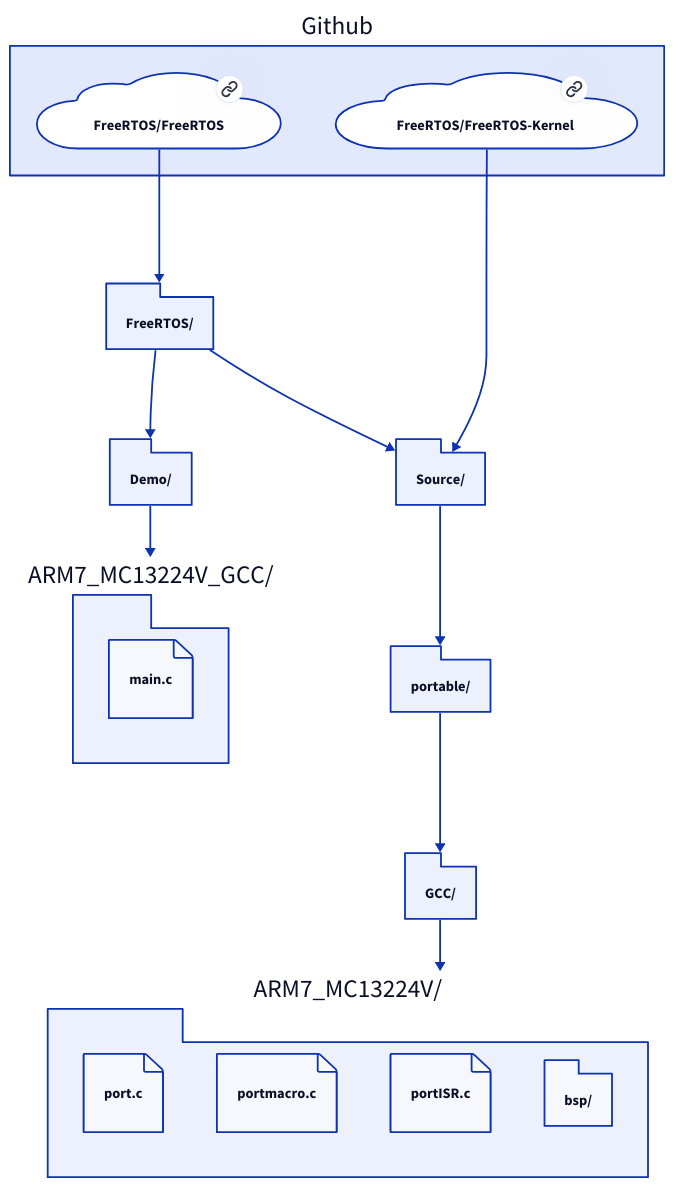
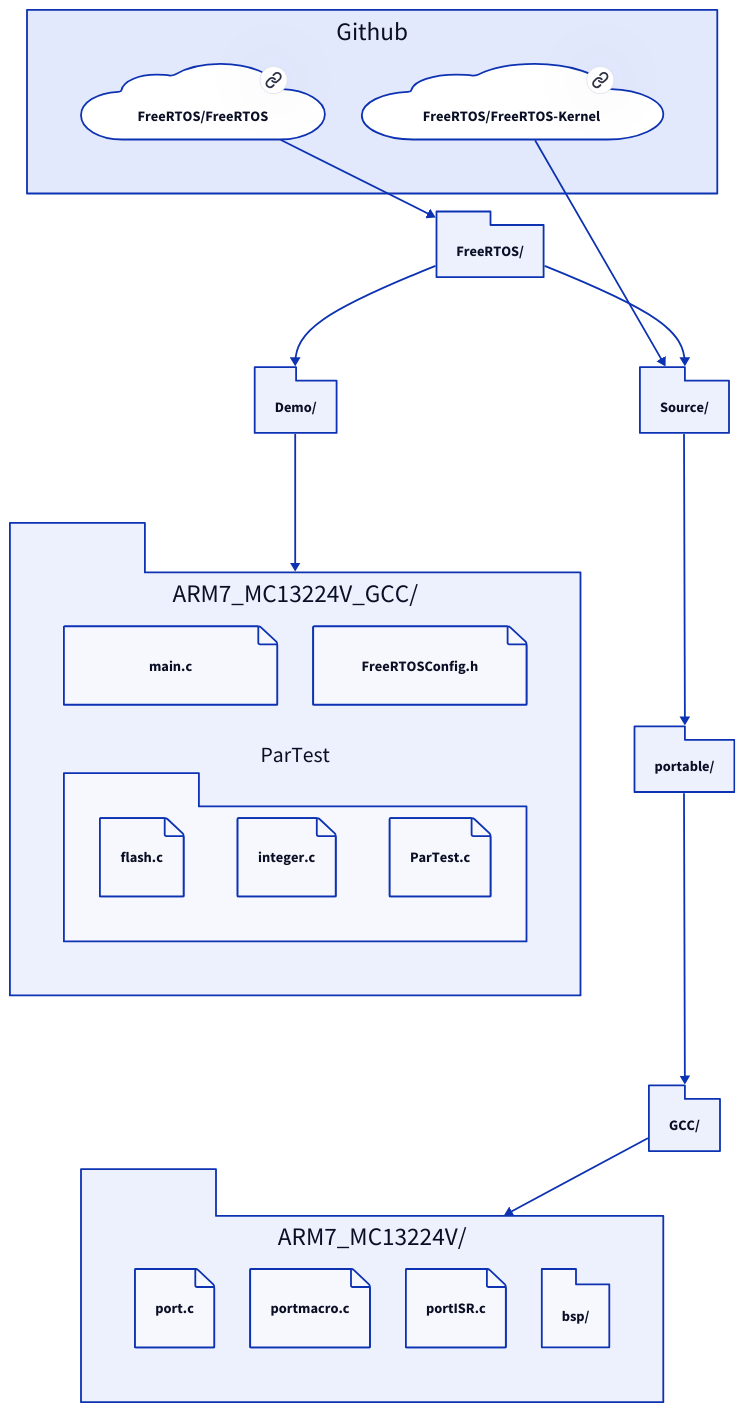
Before and after one commit to epaubert/Memoria-TFG: the diagram in doc/img/carpetasFreeRTOS.d2, drawn with D2. The commit also changed 28 other files, not shown here.

```diff
--- a/doc/img/carpetasFreeRTOS.d2
+++ b/doc/img/carpetasFreeRTOS.d2
@@ -1,66 +1,55 @@
-# FreeRTOS {
-#   Demo{
-#     ARM7_MC13224V_GCC {
-#       "main.c".shape: page
-#     }
-#     ARM7_MC13224V_GCC.shape: package
-#   }
-#   Source {
-#     portable {
-#       GCC {
-#         ARM7_MC13224V {
-#           "port.c".shape: page
-#           "portmacro.c".shape: page
-#           "portISR.c".shape: page
-#           bsp/.shape: package 
-#         }
-#         ARM7_MC13224V.shape: package
-#       }
-#       GCC.shape: package
-#     }
-#     portable.shape: package
-#   }
-# Demo.shape: package
-# Source.shape: package
-# }
-# FreeRTOS.shape: package 
-
-FreeRTOS/ -> Demo/
-Demo/ -> ARM7_MC13224V_GCC/
-ARM7_MC13224V_GCC/ {
-  "main.c".shape: page
+Github{
+  near: top-center
+  grid-columns: 2
+  FreeRTOS/FreeRTOS -> _.FreeRTOS/
+  FreeRTOS/FreeRTOS {
+    link: https://github.com/FreeRTOS/FreeRTOS
+    shape: cloud
+  }
+  FreeRTOS/FreeRTOS-Kernel -> _.Source/
+  FreeRTOS/FreeRTOS-Kernel {
+    link: https://github.com/FreeRTOS/FreeRTOS-Kernel
+    shape: cloud
+  }
+  # FreeRTOS/FreeRTOS -> FreeRTOS/FreeRTOS-Kernel
 }
 
-FreeRTOS/ -> Source/
-Source/ -> portable/
-portable/ -> GCC/
-GCC/ -> ARM7_MC13224V/
+FreeRTOS/ -> Demo/ -> ARM7_MC13224V_GCC/
+ARM7_MC13224V_GCC/ {
+  # near: center-left
+  grid-rows: 2
+  "main.c".shape: page
+  "FreeRTOSConfig.h".shape: page
+  "ParTest".shape: package
+  ParTest{
+    "flash.c".shape: page
+    "integer.c".shape: page
+    "ParTest.c".shape: page
+  }
+}
+
+FreeRTOS/ -> Source/ -> portable/ -> GCC/ -> ARM7_MC13224V/
 ARM7_MC13224V/ {
+  near: bottom-center
+  grid-rows: 1
   "port.c".shape: page
   "portmacro.c".shape: page
   "portISR.c".shape: page
   bsp/.shape: package
 }
 
-FreeRTOS/ <- Github.FreeRTOS/FreeRTOS
-Github.FreeRTOS/FreeRTOS {
-    link: https://github.com/FreeRTOS/FreeRTOS
-    shape: cloud
-}
-
 Source/.shape: package
-Source/ <- Github.FreeRTOS/FreeRTOS-Kernel
-Github.FreeRTOS/FreeRTOS-Kernel {
-    link: https://github.com/FreeRTOS/FreeRTOS-Kernel
-    shape: cloud
-}
-
-# Github.shape: cloud
-# Github.FreeRTOS/FreeRTOS -> Github.FreeRTOS/FreeRTOS-Kernel 
-
 FreeRTOS/.shape: package
 Demo/.shape: package
 ARM7_MC13224V_GCC/.shape: package
 portable/.shape: package
 GCC/.shape: package
 ARM7_MC13224V/.shape: package
+
+# explanation: |md
+# Dentro de la carpeta portable/ están las carpetas de los compiladores, en nuestro caso GCC, y dentro de esas carpetas están los archivos necesarios para cada port con el
+# |{
+#
+#   near: center-left
+#
+# }
```
